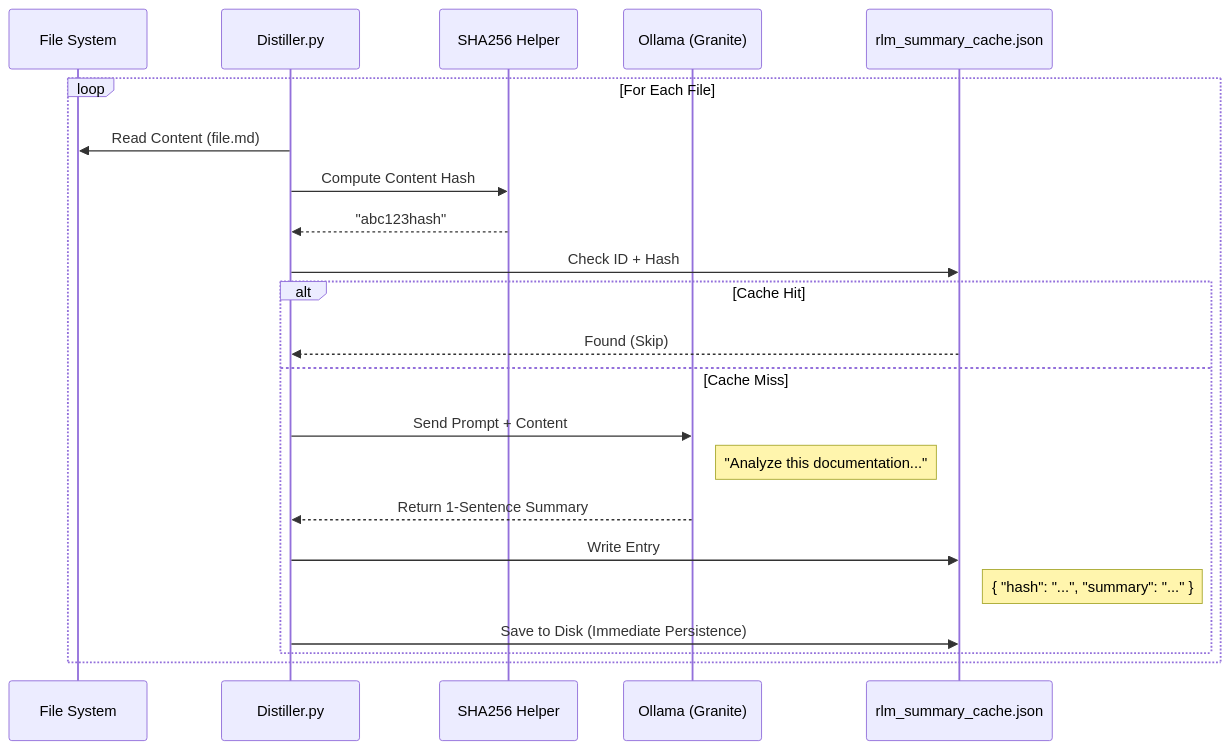
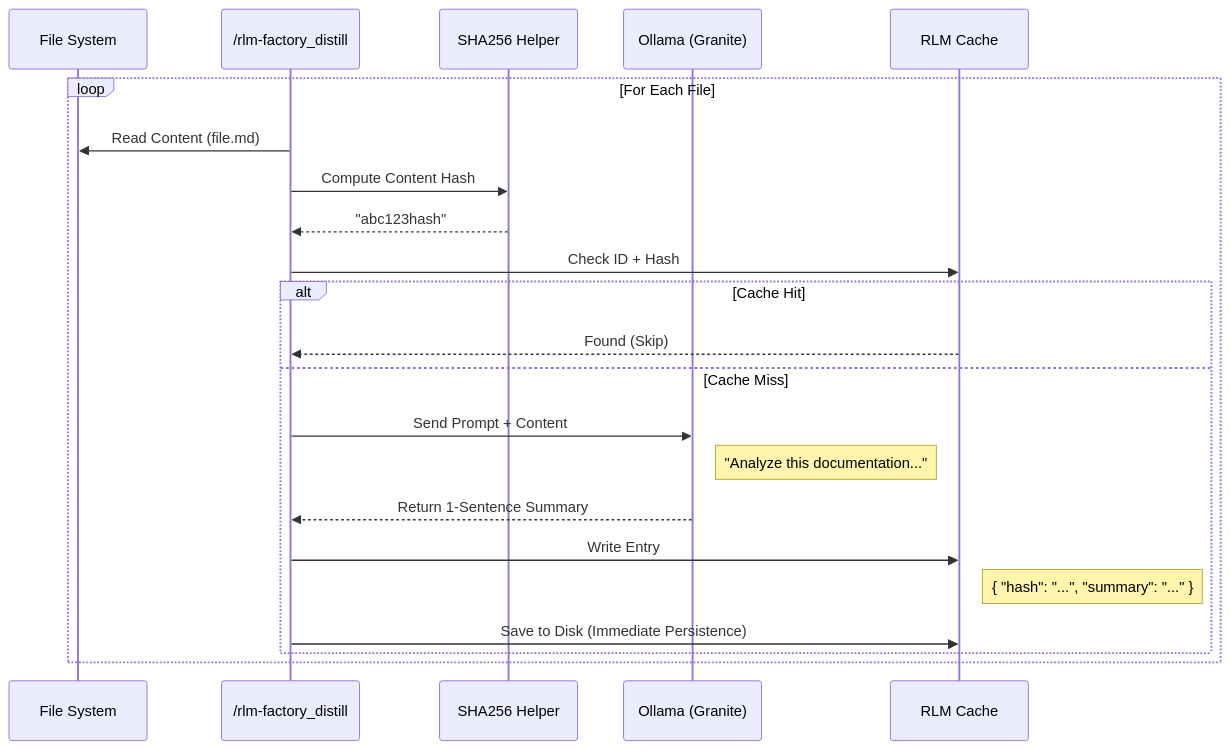
Before and after one commit to richfrem/InvestmentToolkit: the diagram in plugins/rlm-factory/docs/distillation_process.mmd, drawn with Mermaid. The commit also changed 442 other files, not shown here.

```diff
--- a/plugins/rlm-factory/docs/distillation_process.mmd
+++ b/plugins/rlm-factory/docs/distillation_process.mmd
@@ -1,26 +1,26 @@
 sequenceDiagram
     participant Files as File System
-    participant Engine as Distiller.py
+    participant Engine as /rlm-factory_distill
     participant Hash as SHA256 Helper
     participant LLM as Ollama (Granite)
-    participant Ledger as rlm_summary_cache.json
+    participant Ledger as RLM Cache
 
     Loop For Each File
         Engine->>Files: Read Content (file.md)
         Engine->>Hash: Compute Content Hash
         Hash-->>Engine: "abc123hash"
         
         Engine->>Ledger: Check ID + Hash
         
         alt Cache Hit
             Ledger-->>Engine: Found (Skip)
         else Cache Miss
             Engine->>LLM: Send Prompt + Content
             Note right of LLM: "Analyze this documentation..."
             LLM-->>Engine: Return 1-Sentence Summary
             
             Engine->>Ledger: Write Entry
             Note right of Ledger: { "hash": "...", "summary": "..." }
             Engine->>Ledger: Save to Disk (Immediate Persistence)
         end
     end
```
